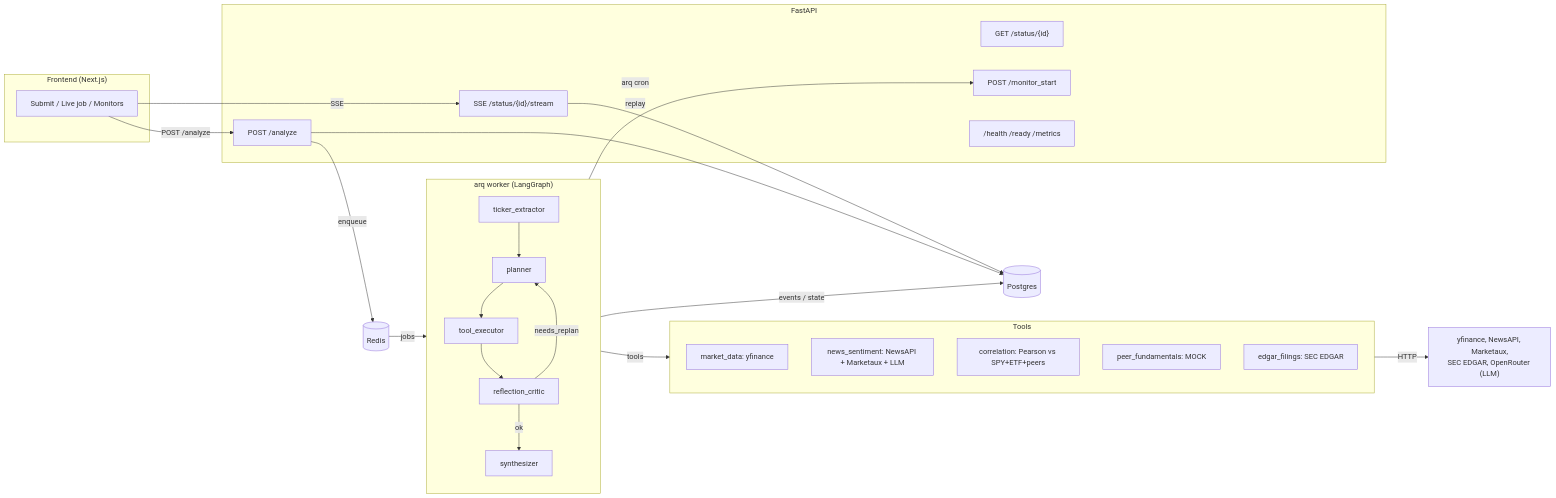
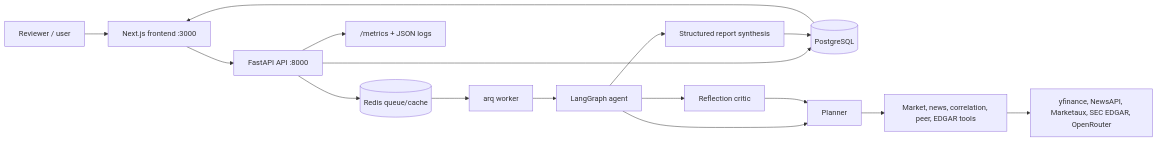
Before and after one commit to Shady-Abdelaziz/Market-Intelligence-Research-Agent.: the diagram in README.md, drawn with Mermaid. The commit also changed other lines of this file and 1 other file, not shown here.

````diff
--- a/README.md
+++ b/README.md
@@ -79,47 +60,18 @@
 ```mermaid
 flowchart LR
-  subgraph FE["Frontend (Next.js)"]
-    UI[Submit / Live job / Monitors]
-  end
-
-  subgraph API["FastAPI"]
-    Analyze["POST /analyze"]
-    Status["GET /status/{id}"]
-    Stream["SSE /status/{id}/stream"]
-    Monitor["POST /monitor_start"]
-    Ops["/health /ready /metrics"]
-  end
-
-  subgraph Worker["arq worker (LangGraph)"]
-    Tx[ticker_extractor]
-    P[planner]
-    TE[tool_executor]
-    RC[reflection_critic]
-    Sy[synthesizer]
-    Tx --> P --> TE --> RC
-    RC -- needs_replan --> P
-    RC -- ok --> Sy
-  end
-
-  subgraph Tools["Tools"]
-    MD[market_data: yfinance]
-    NS[news_sentiment: NewsAPI + Marketaux + LLM]
-    Co[correlation: Pearson vs SPY+ETF+peers]
-    PF[peer_fundamentals: MOCK]
-    EG[edgar_filings: SEC EDGAR]
-  end
-
-  PG[(Postgres)]
-  RD[(Redis)]
-
-  UI -- POST /analyze --> Analyze
-  Analyze --> PG
-  Analyze -- enqueue --> RD
-  RD -- jobs --> Worker
-  Worker -- tools --> Tools
-  Tools -- HTTP --> EXT["yfinance, NewsAPI, Marketaux,<br>SEC EDGAR, OpenRouter (LLM)"]
-  Worker -- events / state --> PG
-  UI -- SSE --> Stream
-  Stream -- replay --> PG
-  Worker -- arq cron --> Monitor
+  User["Reviewer / user"] --> UI["Next.js frontend :3000"]
+  UI --> API["FastAPI API :8000"]
+  API --> PG[("PostgreSQL")]
+  API --> Redis[("Redis queue/cache")]
+  Redis --> Worker["arq worker"]
+  Worker --> Graph["LangGraph agent"]
+  Graph --> Planner["Planner"]
+  Planner --> Tools["Market, news, correlation, peer, EDGAR tools"]
+  Tools --> External["yfinance, NewsAPI, Marketaux, SEC EDGAR, OpenRouter"]
+  Graph --> Reflect["Reflection critic"]
+  Reflect --> Planner
+  Graph --> Synth["Structured report synthesis"]
+  Synth --> PG
+  PG --> UI
+  API --> Metrics["/metrics + JSON logs"]
 ```
````
